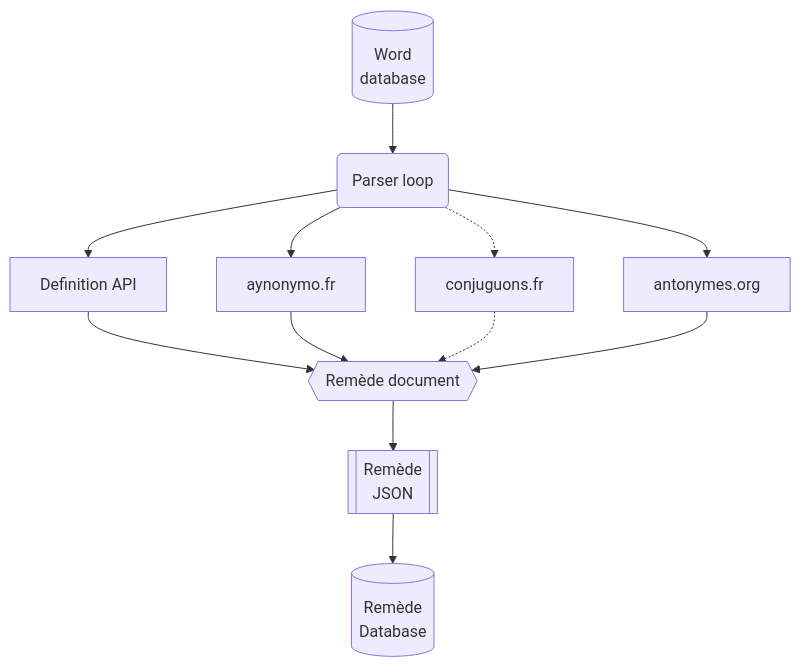
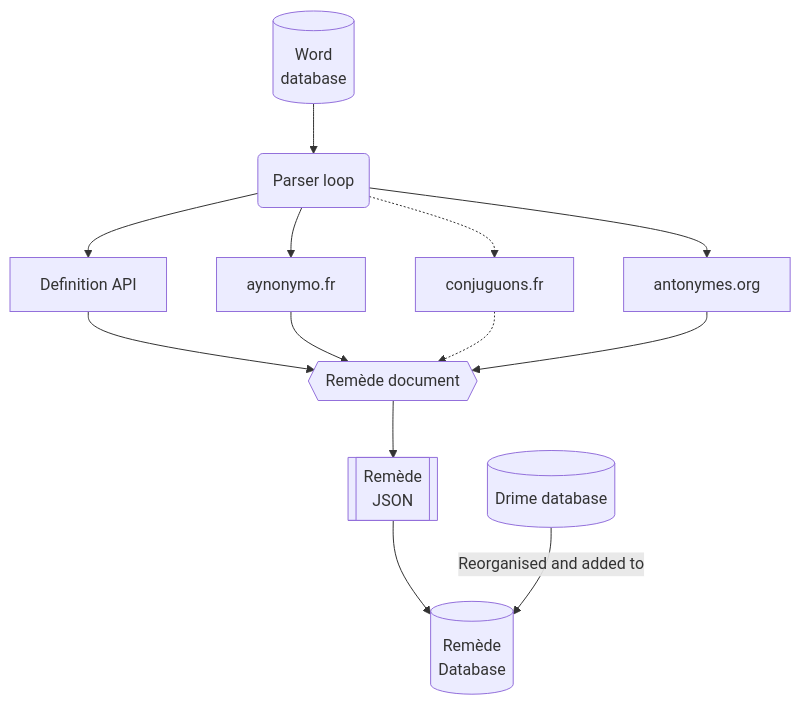
One commit to camarm-dev/remede changed the diagram in PARSING.md. Above: the diagram before and after it, drawn with Mermaid. The commit also changed other lines of this file, not shown here.

````diff
--- a/PARSING.md
+++ b/PARSING.md
@@ -24,14 +27,15 @@
 ```mermaid
 flowchart TB
   words[(Word\ndatabase)] --> Loop
   Loop(Parser loop) --> def[Definition API]
   Loop --> syn[aynonymo.fr]
   Loop --> ant[antonymes.org]
   Loop .-> conj[conjuguons.fr]
   def --> doc{{Remède document}}
   syn --> doc
   conj .-> doc
   ant --> doc
   doc --> json[[Remède\nJSON]]
   json --> db[(Remède\nDatabase)]
+  drime[(Drime database)] -- Reorganised and added to --> db
 ```
````
